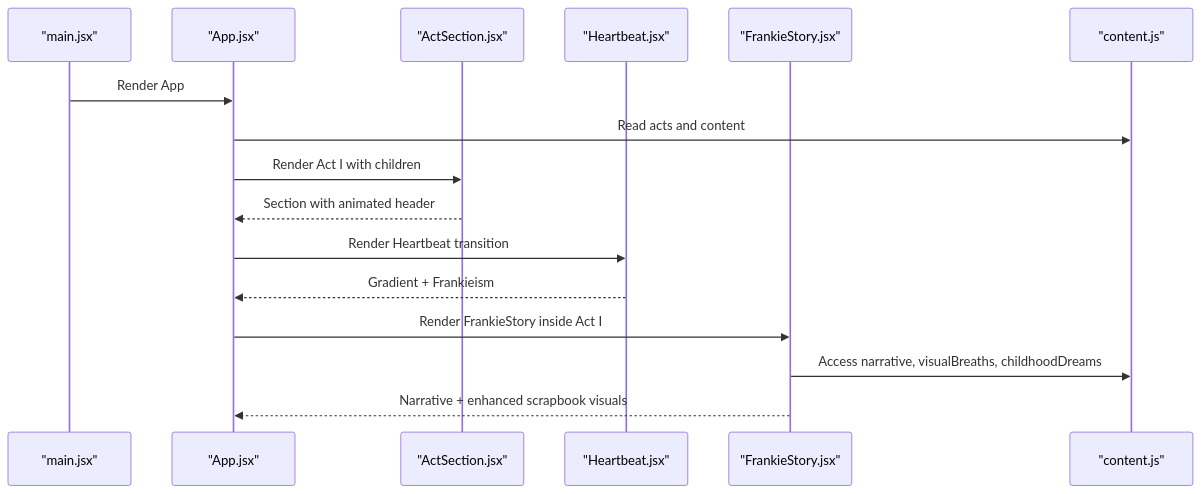
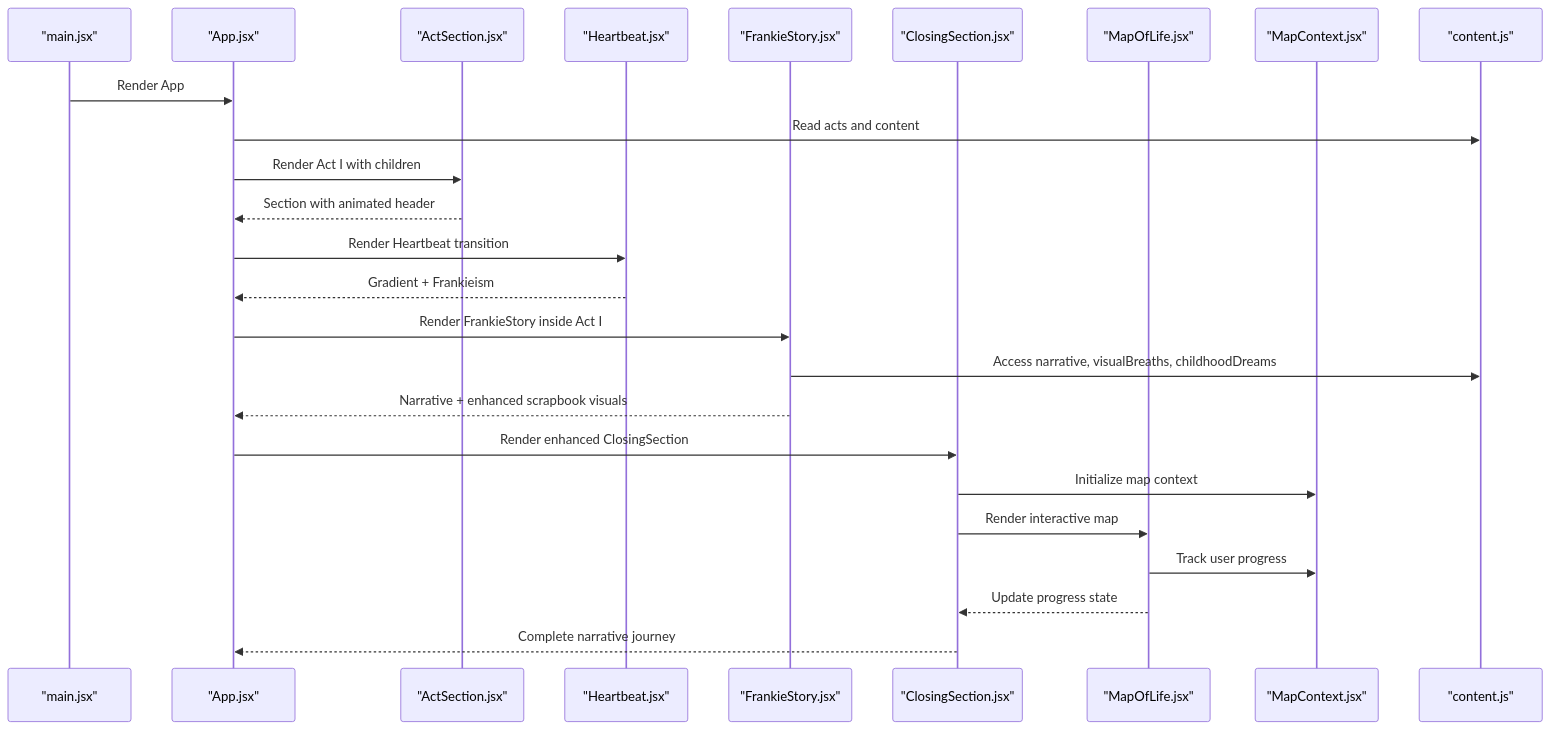
One commit to rakeshmaity271/frankie-picasso changed the second of 13 diagrams in .qoder/repowiki/en/content/Frontend Components/Enhanced Scrapbook Component.md. Above: the diagram before and after it, drawn with Mermaid. The commit also changed other lines of this file and 24 other files, not shown here.

````diff
--- a/.qoder/repowiki/en/content/Frontend Components/Enhanced Scrapbook Component.md
+++ b/.qoder/repowiki/en/content/Frontend Components/Enhanced Scrapbook Component.md
@@ -129,18 +160,27 @@
 ```mermaid
 sequenceDiagram
 participant Root as "main.jsx"
 participant App as "App.jsx"
 participant Act as "ActSection.jsx"
 participant HB as "Heartbeat.jsx"
 participant Story as "FrankieStory.jsx"
+participant Closing as "ClosingSection.jsx"
+participant Map as "MapOfLife.jsx"
+participant Context as "MapContext.jsx"
 participant Data as "content.js"
 Root->>App : Render App
 App->>Data : Read acts and content
 App->>Act : Render Act I with children
 Act-->>App : Section with animated header
 App->>HB : Render Heartbeat transition
 HB-->>App : Gradient + Frankieism
 App->>Story : Render FrankieStory inside Act I
 Story->>Data : Access narrative, visualBreaths, childhoodDreams
 Story-->>App : Narrative + enhanced scrapbook visuals
+App->>Closing : Render enhanced ClosingSection
+Closing->>Context : Initialize map context
+Closing->>Map : Render interactive map
+Map->>Context : Track user progress
+Map-->>Closing : Update progress state
+Closing-->>App : Complete narrative journey
 ```
````
